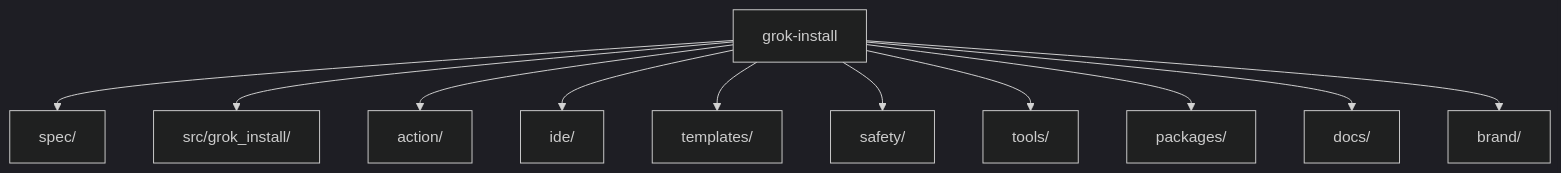
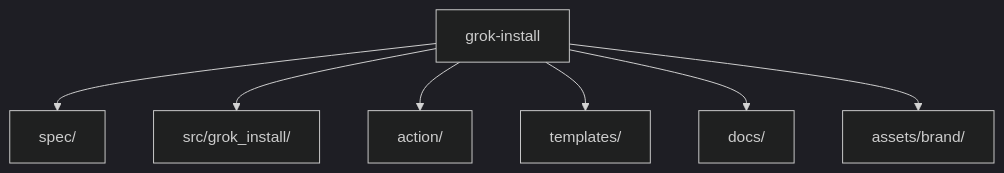
The diagram in README.md (AgentMindCloud/grok-install), drawn with Mermaid (dark theme) before and after one commit. The commit also changed other lines of this file and 12 other files, not shown here.

First line of the commit message:
Fix — layout cleanup: remove 5 stray dirs, move brand/ to assets/brand/ (#8)

````diff
--- a/README.md
+++ b/README.md
@@ -48,14 +48,10 @@
 ```mermaid
 graph TD
     root[grok-install]
     root --> spec[spec/]
     root --> grok_install[src/grok_install/]
     root --> action[action/]
-    root --> ide[ide/]
     root --> templates[templates/]
-    root --> safety[safety/]
-    root --> tools[tools/]
-    root --> packages[packages/]
     root --> docs[docs/]
-    root --> brand[brand/]
+    root --> assets[assets/brand/]
 ```
````
